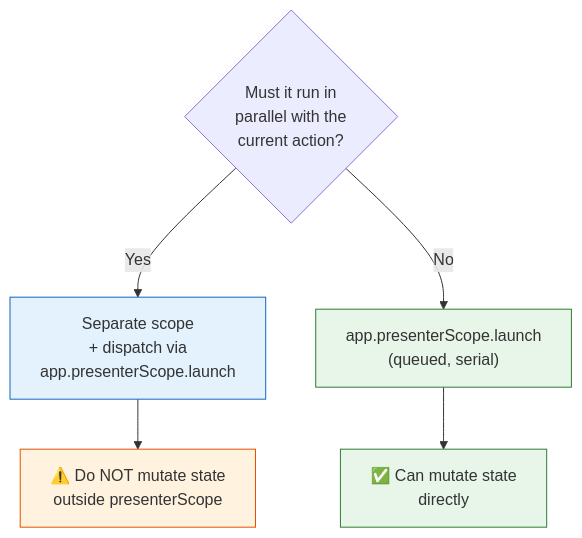
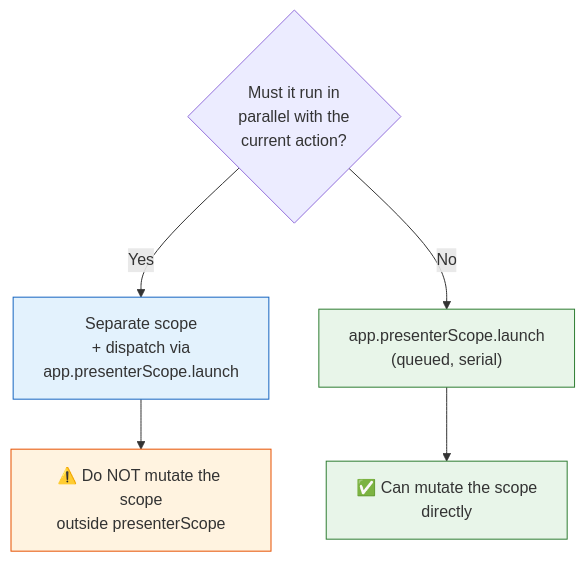
One commit to mrcdom/wdc-cube-kotlin changed diagram 19 of 19 in docs/architecture-cube.md. Above: the diagram before and after it, drawn with Mermaid. The commit also changed other lines of this file and 117 other files, not shown here.

````diff
--- a/docs/architecture-cube.md
+++ b/docs/architecture-cube.md
@@ -1059,14 +1060,14 @@
 ```mermaid
 flowchart TD
     Q{Must it run in<br/>parallel with the<br/>current action?}
     Q -->|Yes| PAR["Separate scope<br/>+ dispatch via<br/>app.presenterScope.launch"]
     Q -->|No| SER["app.presenterScope.launch<br/>(queued, serial)"]
 
-    PAR --> R1["⚠️ Do NOT mutate state<br/>outside presenterScope"]
-    SER --> R2["✅ Can mutate state<br/>directly"]
+    PAR --> R1["⚠️ Do NOT mutate the scope<br/>outside presenterScope"]
+    SER --> R2["✅ Can mutate the scope<br/>directly"]
 
     style PAR fill:#e3f2fd,stroke:#1565c0
     style SER fill:#e8f5e9,stroke:#2e7d32
     style R1 fill:#fff3e0,stroke:#e65100
     style R2 fill:#e8f5e9,stroke:#2e7d32
 ```
````
